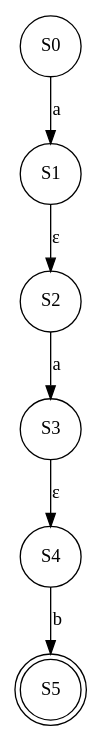
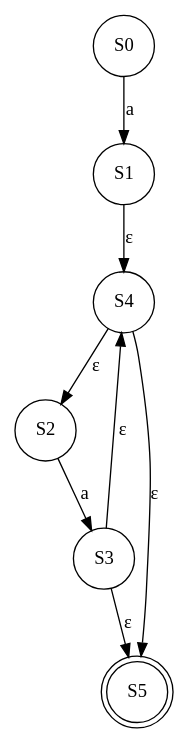
Before and after one commit to ZiadSheriif/AutoMajestic: the diagram in output/nfa/nfa.gv, drawn with Graphviz. The commit also changed 7 other files, not shown here.

```diff
--- a/output/nfa/nfa.gv
+++ b/output/nfa/nfa.gv
@@ -1,13 +1,15 @@
 digraph NFA {
 	S0 [shape=circle]
 	S0 -> S1 [label=a]
 	S1 [shape=circle]
-	S1 -> S2 [label="ε"]
+	S1 -> S4 [label="ε"]
 	S2 [shape=circle]
 	S2 -> S3 [label=a]
 	S3 [shape=circle]
 	S3 -> S4 [label="ε"]
+	S3 -> S5 [label="ε"]
 	S4 [shape=circle]
-	S4 -> S5 [label=b]
+	S4 -> S2 [label="ε"]
+	S4 -> S5 [label="ε"]
 	S5 [shape=doublecircle]
 }
```
